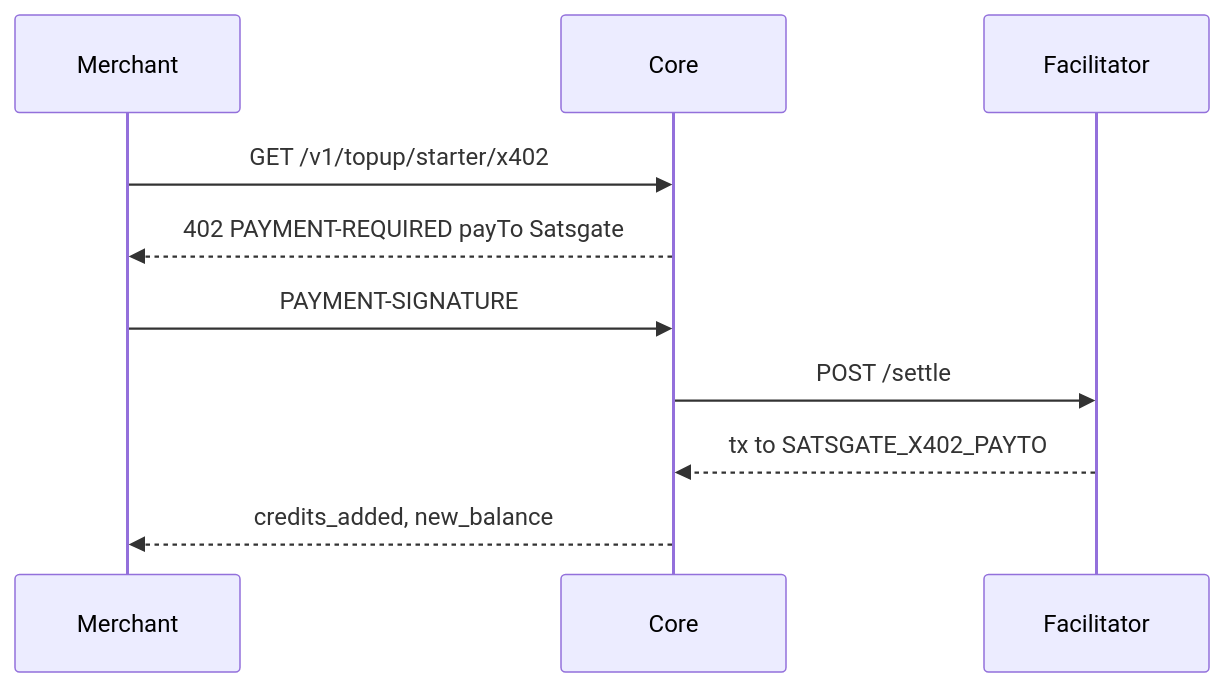
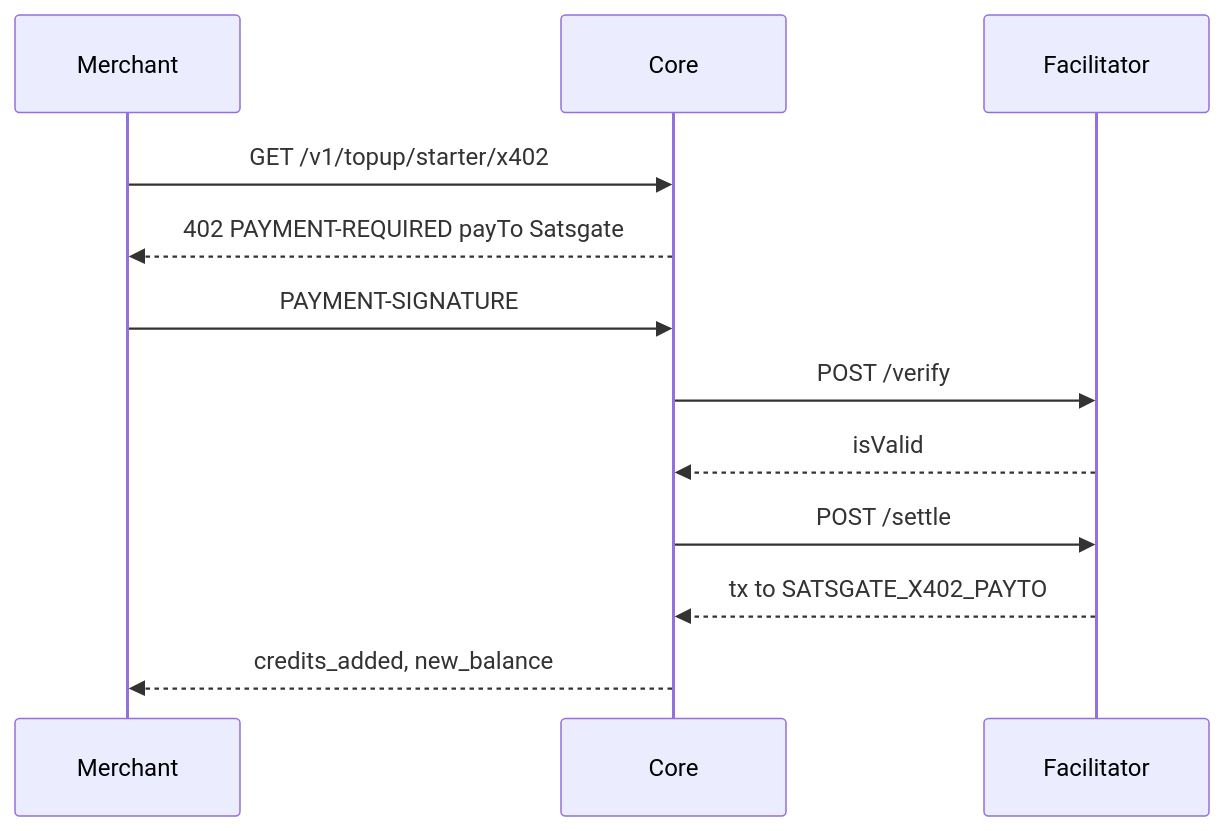
Before and after one commit to Mike-io-hash/satsgate: the fourth of 4 diagrams in docs/x402-design.md, drawn with Mermaid. The commit also changed other lines of this file, not shown here.

First line of the commit message:
Record the x402 flow and credit-timing decisions.

````diff
--- a/docs/x402-design.md
+++ b/docs/x402-design.md
@@ -125,12 +155,14 @@
 ```mermaid
 sequenceDiagram
   participant Merchant
   participant Core
   participant Fac as Facilitator
   Merchant->>Core: GET /v1/topup/starter/x402
   Core-->>Merchant: 402 PAYMENT-REQUIRED payTo Satsgate
   Merchant->>Core: PAYMENT-SIGNATURE
+  Core->>Fac: POST /verify
+  Fac-->>Core: isValid
   Core->>Fac: POST /settle
   Fac-->>Core: tx to SATSGATE_X402_PAYTO
   Core-->>Merchant: credits_added, new_balance
 ```
````
